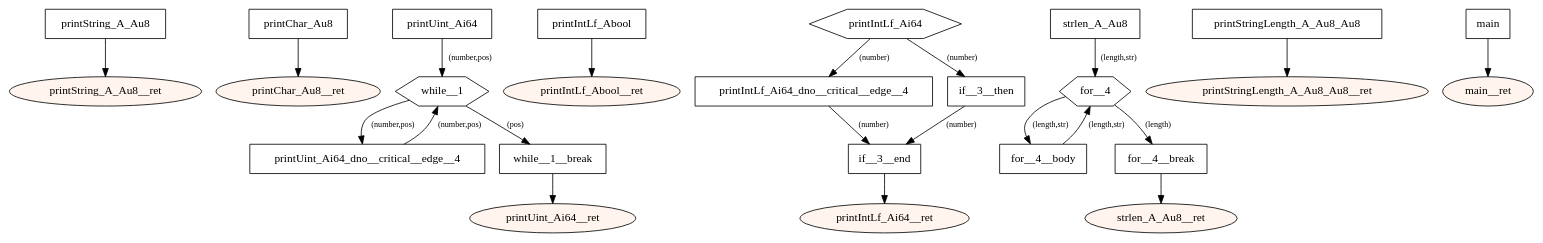
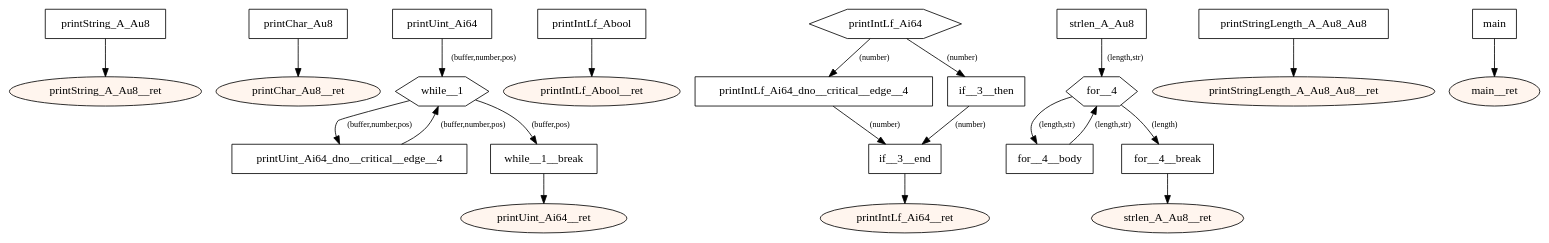
One commit to tmssngr/tinyC changed the diagram in src/main/resources-test/compiler/windows/comparison.dot. Above: the diagram before and after it, drawn with Graphviz. The commit also changed 99 other files, not shown here.

```diff
--- a/src/main/resources-test/compiler/windows/comparison.dot
+++ b/src/main/resources-test/compiler/windows/comparison.dot
@@ -1,64 +1,64 @@
 digraph program {
 	edge[fontsize="10pt"];
 	subgraph fn_printString_A_Au8 {
 		BasicBlock_0_printString_A_Au8 [label="printString_A_Au8",shape=box];
 		BasicBlock_0_printString_A_Au8 -> BasicBlock_0_printString_A_Au8__ret;
 		BasicBlock_0_printString_A_Au8__ret [label="printString_A_Au8__ret",shape=oval,style=filled,fillcolor="#fff5ee"];
 	}
 	subgraph fn_printChar_Au8 {
 		BasicBlock_1_printChar_Au8 [label="printChar_Au8",shape=box];
 		BasicBlock_1_printChar_Au8 -> BasicBlock_1_printChar_Au8__ret;
 		BasicBlock_1_printChar_Au8__ret [label="printChar_Au8__ret",shape=oval,style=filled,fillcolor="#fff5ee"];
 	}
 	subgraph fn_printUint_Ai64 {
 		BasicBlock_2_printUint_Ai64 [label="printUint_Ai64",shape=box];
-		BasicBlock_2_printUint_Ai64 -> BasicBlock_2_while__1 [label="(number,pos)"];
+		BasicBlock_2_printUint_Ai64 -> BasicBlock_2_while__1 [label="(buffer,number,pos)"];
 		BasicBlock_2_printUint_Ai64_dno__critical__edge__4 [label="printUint_Ai64_dno__critical__edge__4",shape=box];
-		BasicBlock_2_printUint_Ai64_dno__critical__edge__4 -> BasicBlock_2_while__1 [label="(number,pos)"];
+		BasicBlock_2_printUint_Ai64_dno__critical__edge__4 -> BasicBlock_2_while__1 [label="(buffer,number,pos)"];
 		BasicBlock_2_while__1 [label="while__1",shape=hexagon];
-		BasicBlock_2_while__1 -> BasicBlock_2_printUint_Ai64_dno__critical__edge__4 [label="(number,pos)"];
-		BasicBlock_2_while__1 -> BasicBlock_2_while__1__break [label="(pos)"];
+		BasicBlock_2_while__1 -> BasicBlock_2_printUint_Ai64_dno__critical__edge__4 [label="(buffer,number,pos)"];
+		BasicBlock_2_while__1 -> BasicBlock_2_while__1__break [label="(buffer,pos)"];
 		BasicBlock_2_while__1__break [label="while__1__break",shape=box];
 		BasicBlock_2_while__1__break -> BasicBlock_2_printUint_Ai64__ret;
 		BasicBlock_2_printUint_Ai64__ret [label="printUint_Ai64__ret",shape=oval,style=filled,fillcolor="#fff5ee"];
 	}
 	subgraph fn_printIntLf_Abool {
 		BasicBlock_3_printIntLf_Abool [label="printIntLf_Abool",shape=box];
 		BasicBlock_3_printIntLf_Abool -> BasicBlock_3_printIntLf_Abool__ret;
 		BasicBlock_3_printIntLf_Abool__ret [label="printIntLf_Abool__ret",shape=oval,style=filled,fillcolor="#fff5ee"];
 	}
 	subgraph fn_printIntLf_Ai64 {
 		BasicBlock_4_printIntLf_Ai64 [label="printIntLf_Ai64",shape=hexagon];
 		BasicBlock_4_printIntLf_Ai64 -> BasicBlock_4_printIntLf_Ai64_dno__critical__edge__4 [label="(number)"];
 		BasicBlock_4_printIntLf_Ai64 -> BasicBlock_4_if__3__then [label="(number)"];
 		BasicBlock_4_printIntLf_Ai64_dno__critical__edge__4 [label="printIntLf_Ai64_dno__critical__edge__4",shape=box];
 		BasicBlock_4_printIntLf_Ai64_dno__critical__edge__4 -> BasicBlock_4_if__3__end [label="(number)"];
 		BasicBlock_4_if__3__then [label="if__3__then",shape=box];
 		BasicBlock_4_if__3__then -> BasicBlock_4_if__3__end [label="(number)"];
 		BasicBlock_4_if__3__end [label="if__3__end",shape=box];
 		BasicBlock_4_if__3__end -> BasicBlock_4_printIntLf_Ai64__ret;
 		BasicBlock_4_printIntLf_Ai64__ret [label="printIntLf_Ai64__ret",shape=oval,style=filled,fillcolor="#fff5ee"];
 	}
 	subgraph fn_strlen_A_Au8 {
 		BasicBlock_5_strlen_A_Au8 [label="strlen_A_Au8",shape=box];
 		BasicBlock_5_strlen_A_Au8 -> BasicBlock_5_for__4 [label="(length,str)"];
 		BasicBlock_5_for__4__body [label="for__4__body",shape=box];
 		BasicBlock_5_for__4__body -> BasicBlock_5_for__4 [label="(length,str)"];
 		BasicBlock_5_for__4 [label="for__4",shape=hexagon];
 		BasicBlock_5_for__4 -> BasicBlock_5_for__4__break [label="(length)"];
 		BasicBlock_5_for__4 -> BasicBlock_5_for__4__body [label="(length,str)"];
 		BasicBlock_5_for__4__break [label="for__4__break",shape=box];
 		BasicBlock_5_for__4__break -> BasicBlock_5_strlen_A_Au8__ret;
 		BasicBlock_5_strlen_A_Au8__ret [label="strlen_A_Au8__ret",shape=oval,style=filled,fillcolor="#fff5ee"];
 	}
 	subgraph fn_printStringLength_A_Au8_Au8 {
 		BasicBlock_6_printStringLength_A_Au8_Au8 [label="printStringLength_A_Au8_Au8",shape=box];
 		BasicBlock_6_printStringLength_A_Au8_Au8 -> BasicBlock_6_printStringLength_A_Au8_Au8__ret;
 		BasicBlock_6_printStringLength_A_Au8_Au8__ret [label="printStringLength_A_Au8_Au8__ret",shape=oval,style=filled,fillcolor="#fff5ee"];
 	}
 	subgraph fn_main {
 		BasicBlock_7_main [label="main",shape=box];
 		BasicBlock_7_main -> BasicBlock_7_main__ret;
 		BasicBlock_7_main__ret [label="main__ret",shape=oval,style=filled,fillcolor="#fff5ee"];
 	}
 }
```
